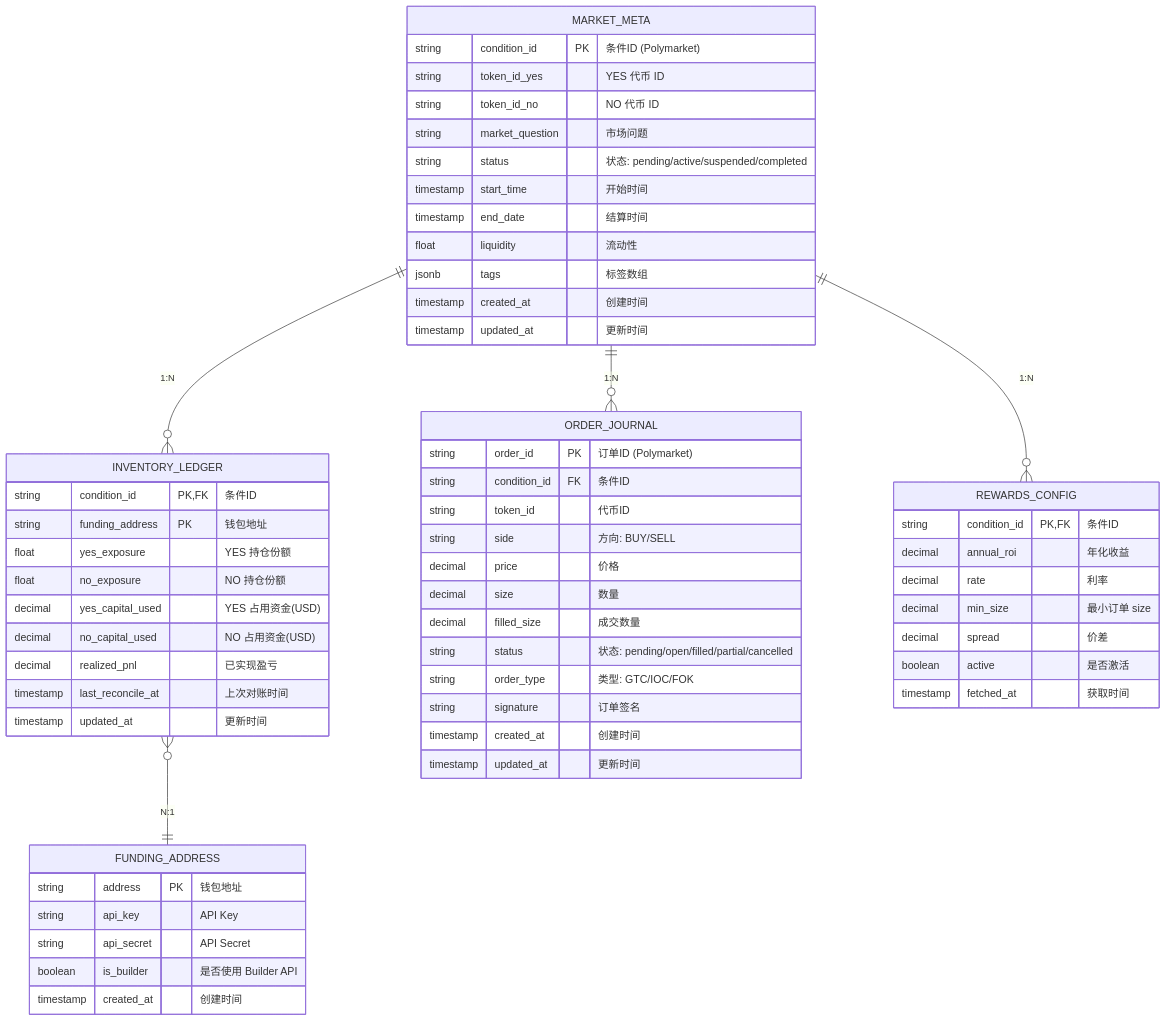
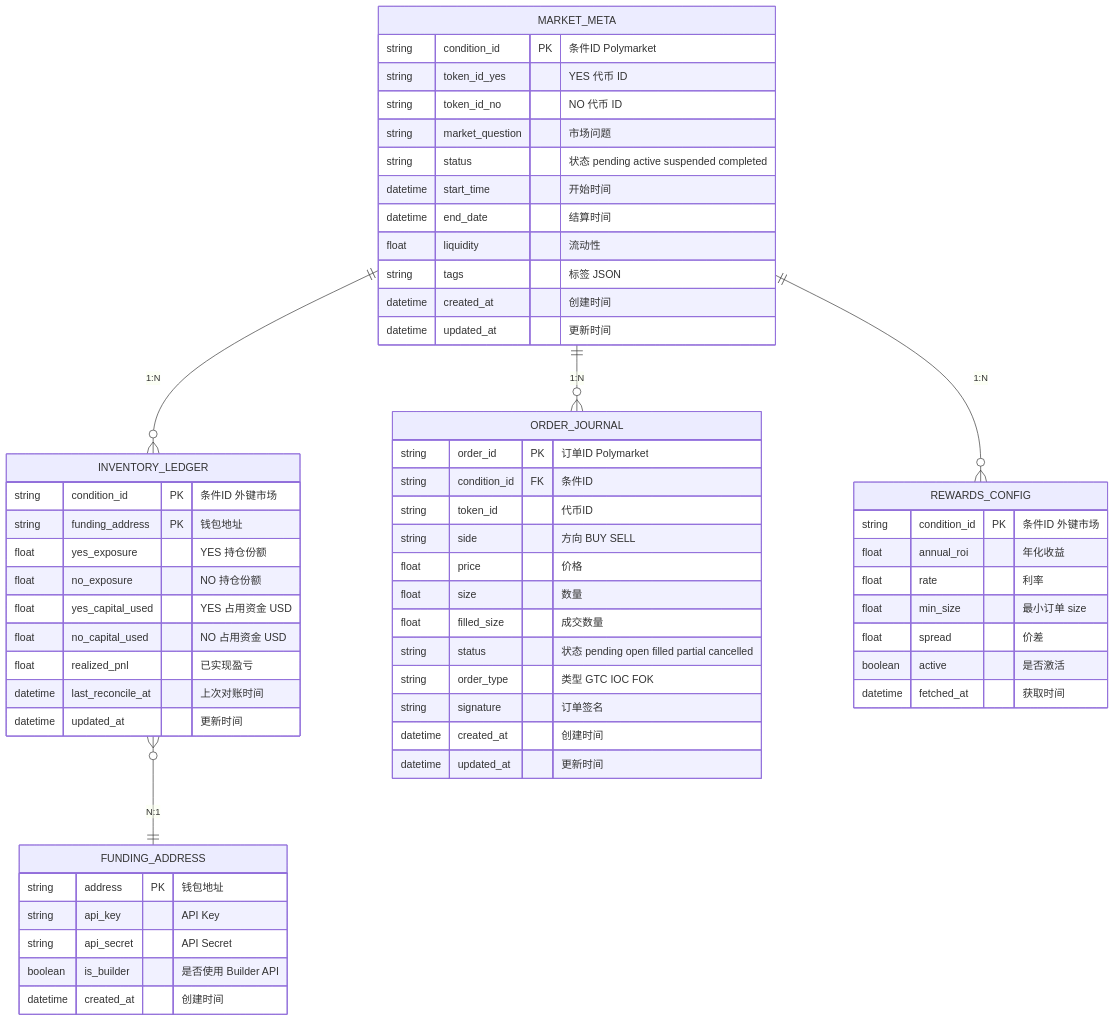
One commit to liu-kaining/PolyMatrixEngine changed the first of 3 diagrams in spec/architecture_diagrams/11_database_erd.md. Above: the diagram before and after it, drawn with Mermaid. The commit also changed other lines of this file and 1 other file, not shown here.

Commit message:
bug fgix

````diff
--- a/spec/architecture_diagrams/11_database_erd.md
+++ b/spec/architecture_diagrams/11_database_erd.md
@@ -3,72 +3,72 @@
 ```mermaid
 %%{init: {'theme': 'base', 'themeVariables': {
   'primaryColor': '#1e3a5f',
   'primaryTextColor': '#ffffff',
   'primaryBorderColor': '#334155',
   'lineColor': '#64748b'
 }}%%
 erDiagram
     MARKET_META ||--o{ INVENTORY_LEDGER : "1:N"
     MARKET_META ||--o{ ORDER_JOURNAL : "1:N"
     MARKET_META ||--o{ REWARDS_CONFIG : "1:N"
     INVENTORY_LEDGER }o--|| FUNDING_ADDRESS : "N:1"
 
     MARKET_META {
-        string condition_id PK "条件ID (Polymarket)"
+        string condition_id PK "条件ID Polymarket"
         string token_id_yes "YES 代币 ID"
         string token_id_no "NO 代币 ID"
         string market_question "市场问题"
-        string status "状态: pending/active/suspended/completed"
-        timestamp start_time "开始时间"
-        timestamp end_date "结算时间"
+        string status "状态 pending active suspended completed"
+        datetime start_time "开始时间"
+        datetime end_date "结算时间"
         float liquidity "流动性"
-        jsonb tags "标签数组"
-        timestamp created_at "创建时间"
-        timestamp updated_at "更新时间"
+        string tags "标签 JSON"
+        datetime created_at "创建时间"
+        datetime updated_at "更新时间"
     }
 
     INVENTORY_LEDGER {
-        string condition_id PK,FK "条件ID"
+        string condition_id PK "条件ID 外键市场"
         string funding_address PK "钱包地址"
         float yes_exposure "YES 持仓份额"
         float no_exposure "NO 持仓份额"
-        decimal yes_capital_used "YES 占用资金(USD)"
-        decimal no_capital_used "NO 占用资金(USD)"
-        decimal realized_pnl "已实现盈亏"
-        timestamp last_reconcile_at "上次对账时间"
-        timestamp updated_at "更新时间"
+        float yes_capital_used "YES 占用资金 USD"
+        float no_capital_used "NO 占用资金 USD"
+        float realized_pnl "已实现盈亏"
+        datetime last_reconcile_at "上次对账时间"
+        datetime updated_at "更新时间"
     }
 
     ORDER_JOURNAL {
-        string order_id PK "订单ID (Polymarket)"
+        string order_id PK "订单ID Polymarket"
         string condition_id FK "条件ID"
         string token_id "代币ID"
-        string side "方向: BUY/SELL"
-        decimal price "价格"
-        decimal size "数量"
-        decimal filled_size "成交数量"
-        string status "状态: pending/open/filled/partial/cancelled"
-        string order_type "类型: GTC/IOC/FOK"
+        string side "方向 BUY SELL"
+        float price "价格"
+        float size "数量"
+        float filled_size "成交数量"
+        string status "状态 pending open filled partial cancelled"
+        string order_type "类型 GTC IOC FOK"
         string signature "订单签名"
-        timestamp created_at "创建时间"
-        timestamp updated_at "更新时间"
+        datetime created_at "创建时间"
+        datetime updated_at "更新时间"
     }
 
     REWARDS_CONFIG {
-        string condition_id PK,FK "条件ID"
-        decimal annual_roi "年化收益"
-        decimal rate "利率"
-        decimal min_size "最小订单 size"
-        decimal spread "价差"
+        string condition_id PK "条件ID 外键市场"
+        float annual_roi "年化收益"
+        float rate "利率"
+        float min_size "最小订单 size"
+        float spread "价差"
         boolean active "是否激活"
-        timestamp fetched_at "获取时间"
+        datetime fetched_at "获取时间"
     }
 
     FUNDING_ADDRESS {
         string address PK "钱包地址"
         string api_key "API Key"
         string api_secret "API Secret"
         boolean is_builder "是否使用 Builder API"
-        timestamp created_at "创建时间"
+        datetime created_at "创建时间"
     }
 ```
````
